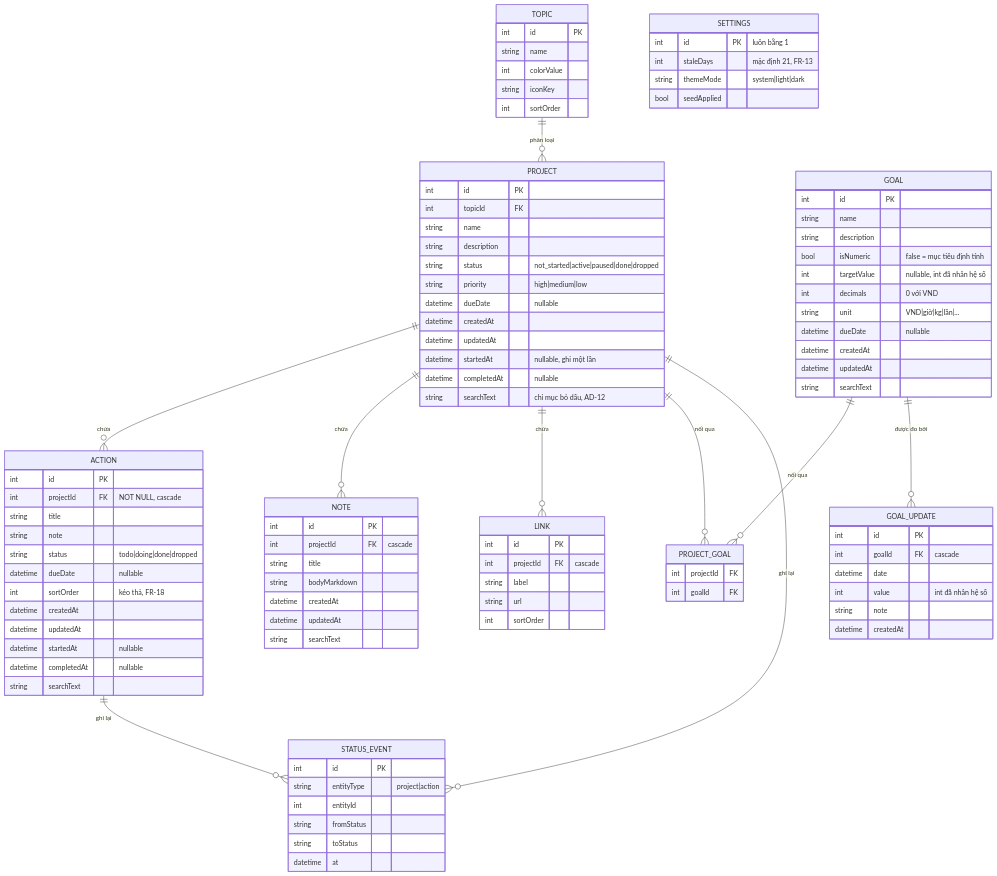
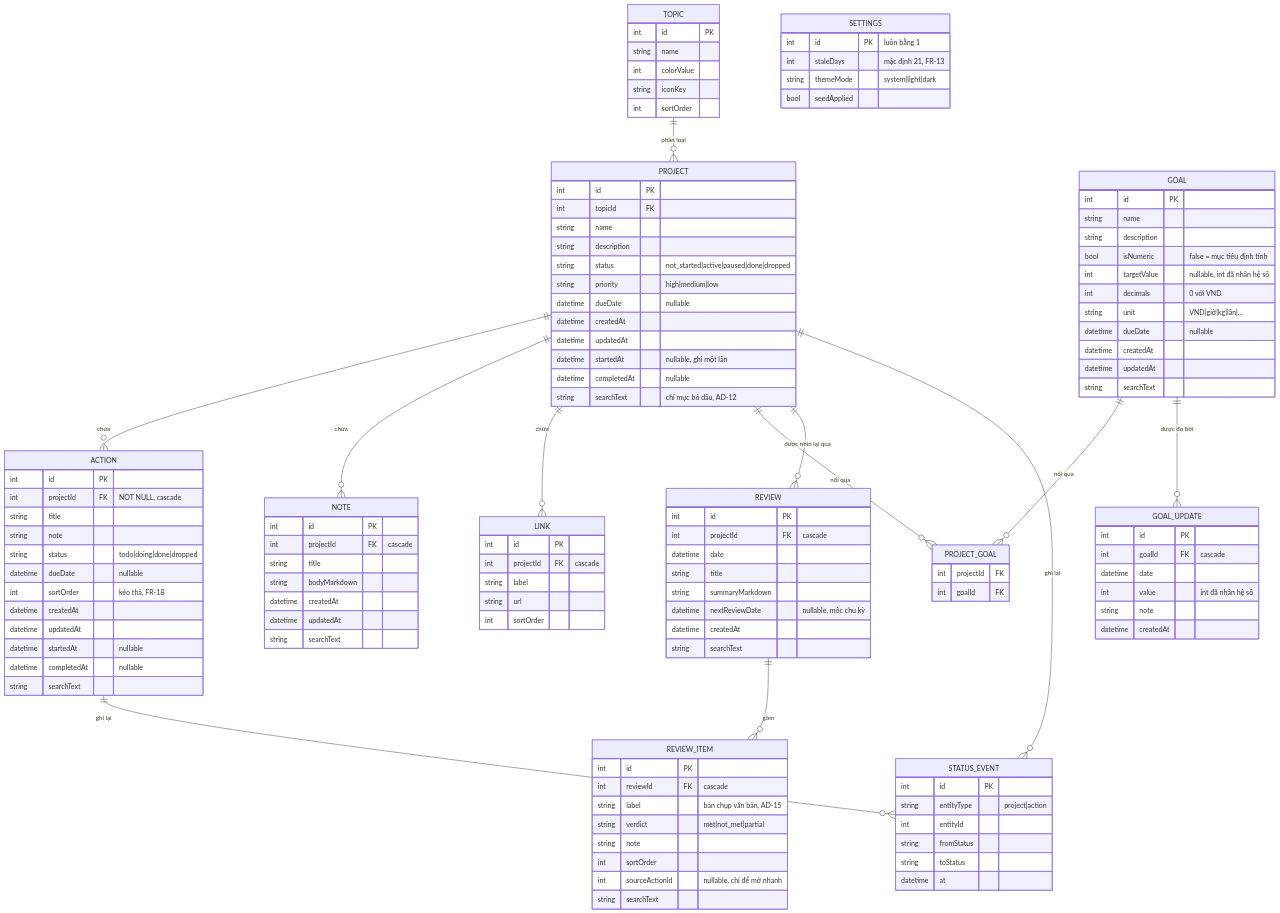
Before and after one commit to nguyenbaloi/supper-chihi-proj: the second of 3 diagrams in _bmad-output/planning-artifacts/architecture/architecture-du-an-muc-tieu-2026-08-28/ARCHITECTURE-SPINE.md, drawn with Mermaid. The commit also changed other lines of this file and 28 other files, not shown here.

```diff
--- a/_bmad-output/planning-artifacts/architecture/architecture-du-an-muc-tieu-2026-08-28/ARCHITECTURE-SPINE.md
+++ b/_bmad-output/planning-artifacts/architecture/architecture-du-an-muc-tieu-2026-08-28/ARCHITECTURE-SPINE.md
@@ -224,6 +232,8 @@
     PROJECT ||--o{ PROJECT_GOAL : "nối qua"
     GOAL ||--o{ PROJECT_GOAL : "nối qua"
     GOAL ||--o{ GOAL_UPDATE : "được đo bởi"
+    PROJECT ||--o{ REVIEW : "được nhìn lại qua"
+    REVIEW ||--o{ REVIEW_ITEM : "gồm"
     PROJECT ||--o{ STATUS_EVENT : "ghi lại"
     ACTION ||--o{ STATUS_EVENT : "ghi lại"
 
@@ -311,6 +321,26 @@
         string toStatus
         datetime at
     }
+    REVIEW {
+        int id PK
+        int projectId FK "cascade"
+        datetime date
+        string title
+        string summaryMarkdown
+        datetime nextReviewDate "nullable, mốc chu kỳ"
+        datetime createdAt
+        string searchText
+    }
+    REVIEW_ITEM {
+        int id PK
+        int reviewId FK "cascade"
+        string label "bản chụp văn bản, AD-15"
+        string verdict "met|not_met|partial"
+        string note
+        int sortOrder
+        int sourceActionId "nullable, chỉ để mở nhanh"
+        string searchText
+    }
     SETTINGS {
         int id PK "luôn bằng 1"
         int staleDays "mặc định 21, FR-13"
```
